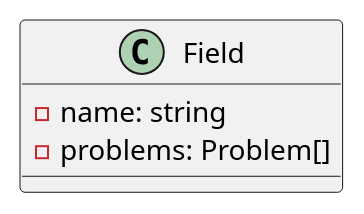
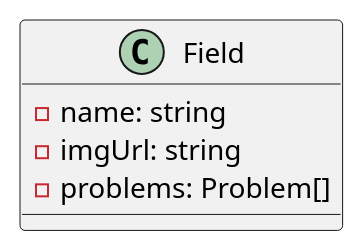
Before and after one commit to yuki-akiba-jp/graduation_thesis: the diagram in uml/Field.puml, drawn with PlantUML.

Commit message:
edit field uml

```diff
--- a/uml/Field.puml
+++ b/uml/Field.puml
@@ -1,4 +1,5 @@
 class Field{
   -name: string
+  -imgUrl: string
   -problems: Problem[]
 }
```
